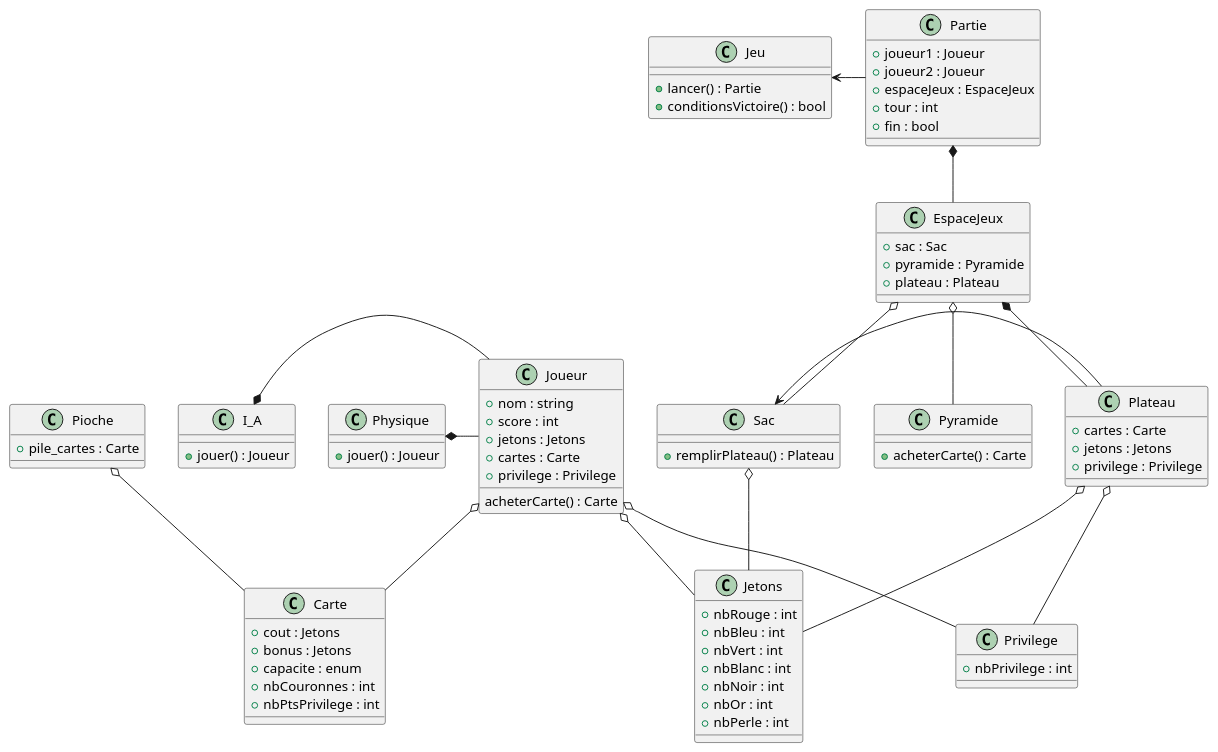
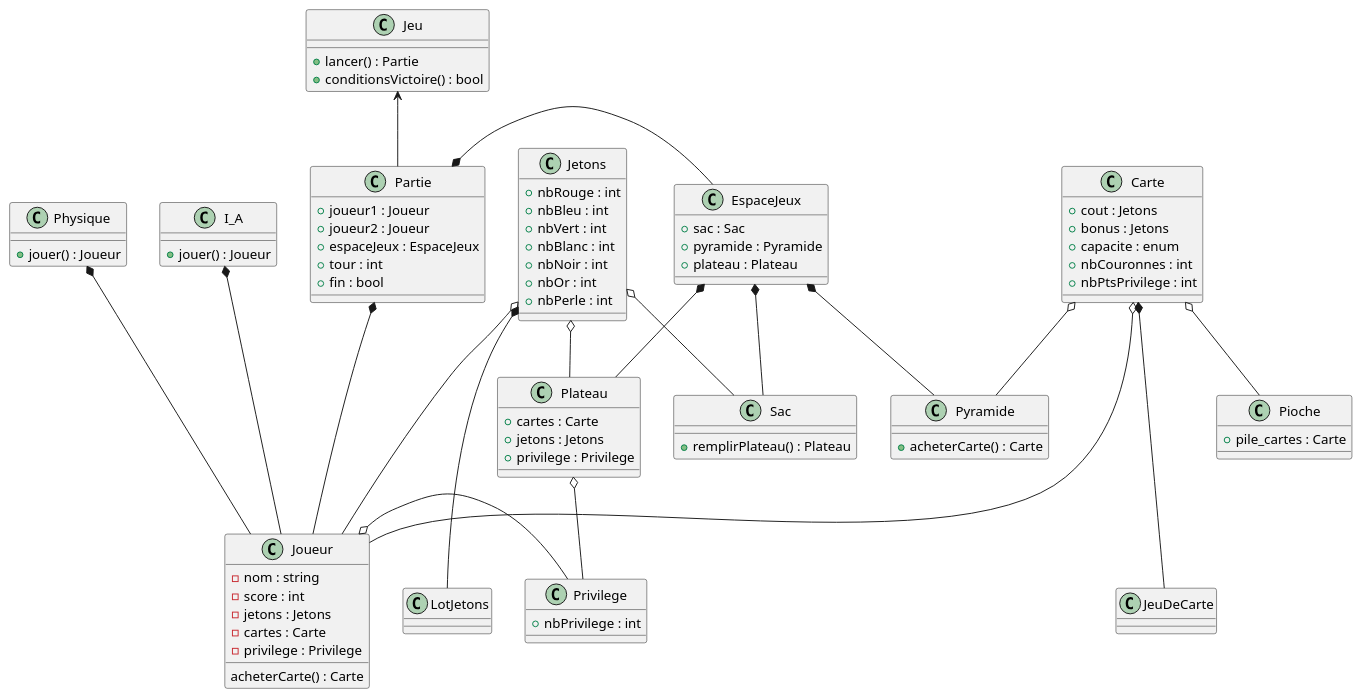
One commit to theguega/OOP-Board-Game changed the diagram in source/UML/UML_VO.5.plantuml. Above: the diagram before and after it, drawn with PlantUML.

Commit message:
associations uml

```diff
--- a/source/UML/UML_VO.5.plantuml
+++ b/source/UML/UML_VO.5.plantuml
@@ -1,109 +1,115 @@
 @startuml
 
 /'
     Diagramme de classe du jeu Splendor Duel
     Pour programmation objet C++
 '/
 
 class Joueur{
-    + nom : string
-    + score : int
-    + jetons : Jetons
-    + cartes : Carte
-    + privilege : Privilege
+    - nom : string
+    - score : int
+    - jetons : Jetons
+    - cartes : Carte
+    - privilege : Privilege
 
     acheterCarte() : Carte
 }
 
 class I_A {
     + jouer() : Joueur
 }
 
 class Physique {
     + jouer() : Joueur
 }
 
 class Partie {
     + joueur1 : Joueur
     + joueur2 : Joueur
     + espaceJeux : EspaceJeux
     + tour : int
     + fin : bool
 }
 
 class EspaceJeux {
     + sac : Sac
     + pyramide : Pyramide
     + plateau : Plateau
 }
 
 class Sac{
     + remplirPlateau() : Plateau
 }
 
 class Pyramide {
     + acheterCarte() : Carte
 }
 
 class Carte{
     + cout : Jetons
     + bonus : Jetons
     + capacite : enum
     + nbCouronnes : int
     + nbPtsPrivilege : int
 }
 
 class Pioche {
     + pile_cartes : Carte
 }
 
 class Privilege {
     + nbPrivilege : int
 }
 
 class Jetons {
     + nbRouge : int
     + nbBleu : int
     + nbVert : int
     + nbBlanc : int
     + nbNoir : int
     + nbOr : int
     + nbPerle : int
 }
 
 class Plateau {
     + cartes : Carte
     + jetons : Jetons
     + privilege : Privilege
 }
 
 class Jeu {
     + lancer() : Partie
     + conditionsVictoire() : bool
 }
 
-Physique *- Joueur
-I_A *- Joueur
+class JeuDeCarte {
+}
 
-Joueur o-- Jetons
-Joueur o-- Carte
-Joueur o-- Privilege
+class LotJetons {
+}
 
-Partie *-- EspaceJeux
+Physique *--- Joueur
+I_A *--- Joueur
 
-Pioche o-- Carte
+Carte *--- JeuDeCarte
+Carte o-- Pyramide
+Carte o-- Pioche
+Carte o--- Joueur
 
-EspaceJeux o-- Sac
-EspaceJeux o-- Pyramide
+Jetons *--- LotJetons
+Jetons o-- Sac
+Jetons o--- Joueur
+Jetons o-- Plateau
+
+Plateau o-- Privilege
+Joueur o- Privilege
+
+Partie *- EspaceJeux
+Partie *- Joueur
+
+EspaceJeux *-- Sac
+EspaceJeux *-- Pyramide
 EspaceJeux *-- Plateau
 
-Sac o-- Jetons
-Plateau o-- Jetons
-Plateau o-- Privilege
-
-Sac <- Plateau
-
-Jeu <- Partie
-
-
+Jeu <-- Partie
 @enduml
```
